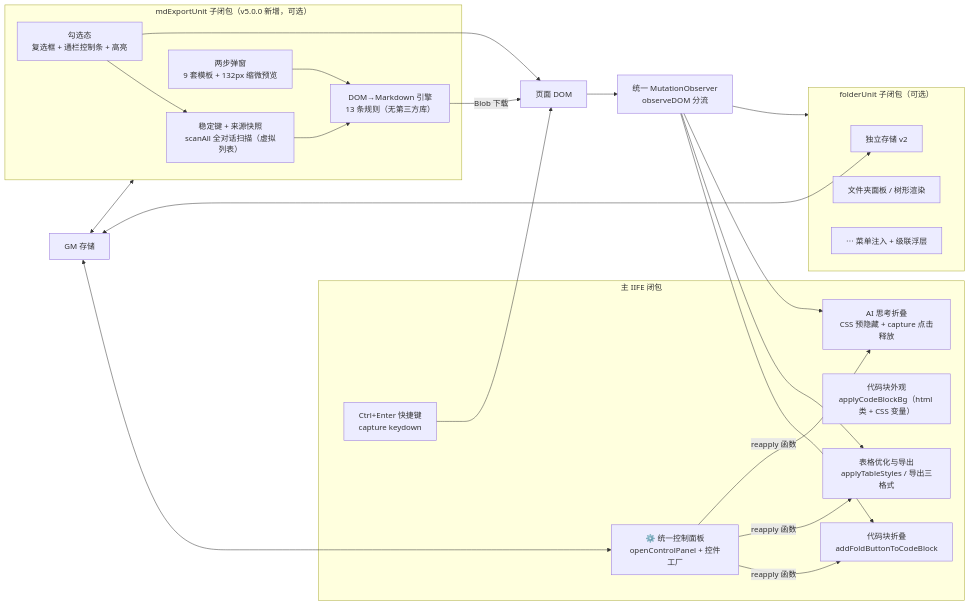
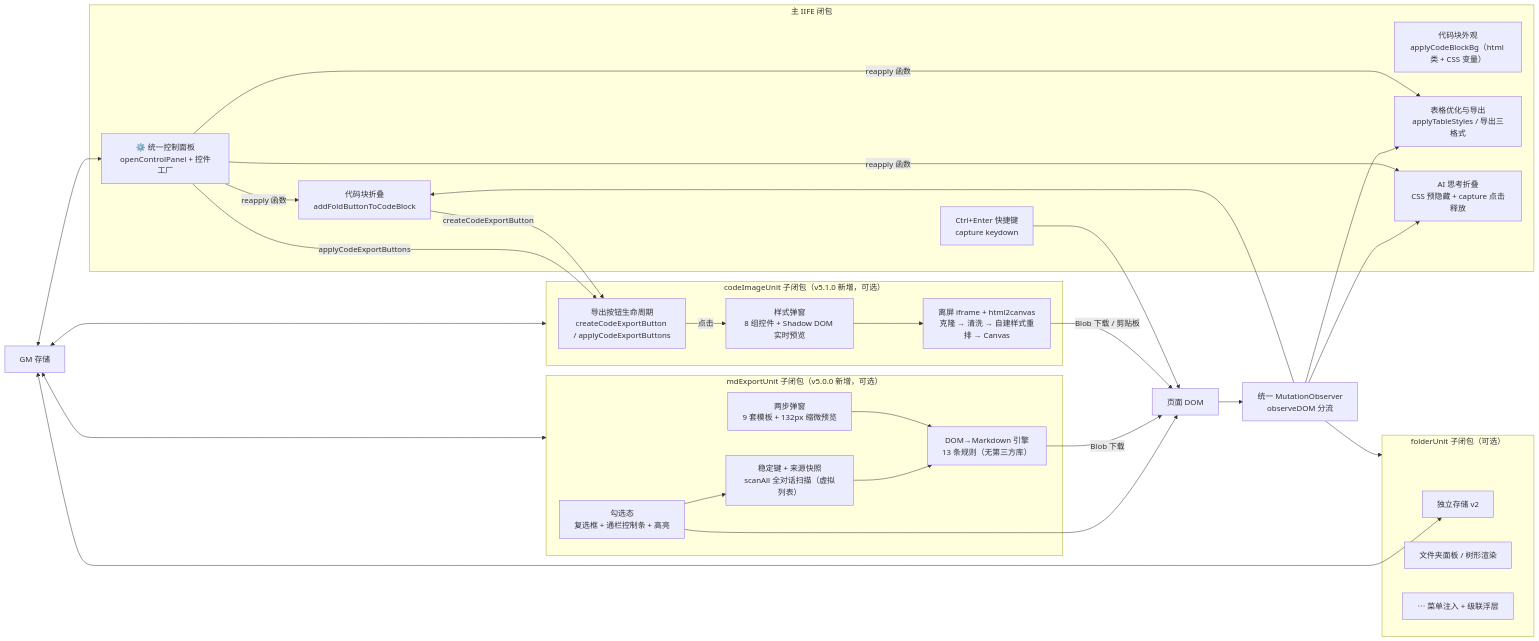
One commit to Chuc-Jie/deepseektool changed the first of 4 diagrams in MAP.md. Above: the diagram before and after it, drawn with Mermaid. The commit also changed other lines of this file and 4 other files, not shown here.

First line of the commit message:
feat: 代码块导出为图片——8 项样式 + 明暗底双路色源 + 剪贴板

````diff
--- a/MAP.md
+++ b/MAP.md
@@ -45,36 +47,47 @@
 ```mermaid
 flowchart LR
     subgraph Main["主 IIFE 闭包"]
         Panel["⚙️ 统一控制面板<br/>openControlPanel + 控件工厂"]
         Fold["代码块折叠<br/>addFoldButtonToCodeBlock"]
         CodeBg["代码块外观<br/>applyCodeBlockBg（html 类 + CSS 变量）"]
         Table["表格优化与导出<br/>applyTableStyles / 导出三格式"]
         Think["AI 思考折叠<br/>CSS 预隐藏 + capture 点击释放"]
         Keys["Ctrl+Enter 快捷键<br/>capture keydown"]
     end
     subgraph Folder["folderUnit 子闭包（可选）"]
         FData["独立存储 v2"]
         FPanel["文件夹面板 / 树形渲染"]
         FMenu["⋯ 菜单注入 + 级联浮层"]
     end
     subgraph MdExport["mdExportUnit 子闭包（v5.0.0 新增，可选）"]
         MScan["稳定键 + 来源快照<br/>scanAll 全对话扫描（虚拟列表）"]
         MDialog["两步弹窗<br/>9 套模板 + 132px 缩微预览"]
         MConv["DOM→Markdown 引擎<br/>13 条规则（无第三方库）"]
         MFlow["勾选态<br/>复选框 + 通栏控制条 + 高亮"]
     end
+    subgraph CodeImg["codeImageUnit 子闭包（v5.1.0 新增，可选）"]
+        CIBtn["导出按钮生命周期<br/>createCodeExportButton / applyCodeExportButtons"]
+        CIDialog["样式弹窗<br/>8 组控件 + Shadow DOM 实时预览"]
+        CIRender["离屏 iframe + html2canvas<br/>克隆 → 清洗 → 自建样式重排 → Canvas"]
+    end
     DOM["页面 DOM"] --> Observer["统一 MutationObserver<br/>observeDOM 分流"]
     Observer --> Fold
     Observer --> Table
     Observer --> Think
     Observer --> Folder
     GM["GM 存储"] <--> Panel
     GM <--> FData
     GM <--> MdExport
+    GM <--> CodeImg
     Panel -->|"reapply 函数"| Fold & Table & Think
+    Panel -->|"applyCodeExportButtons"| CIBtn
     Keys --> DOM
     MFlow --> MScan --> MConv
     MDialog --> MConv
     MFlow --> DOM
     MConv -->|"Blob 下载"| DOM
+    Fold -->|"createCodeExportButton"| CIBtn
+    CIBtn -->|"点击"| CIDialog
+    CIDialog --> CIRender
+    CIRender -->|"Blob 下载 / 剪贴板"| DOM
 ```
````
